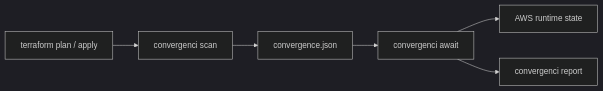
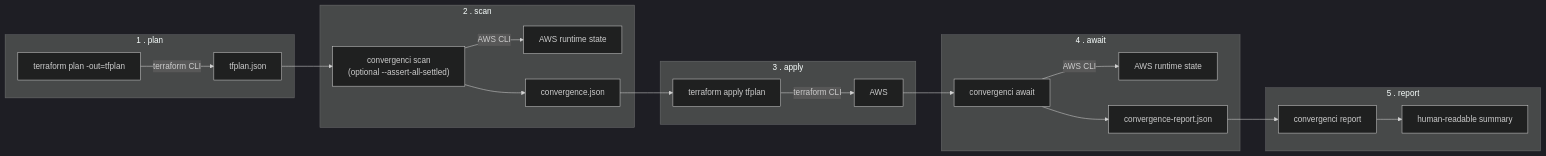
Before and after one commit to iilei/convergenci: the diagram in README.md, drawn with Mermaid (dark theme).

Commit message:
docs: rework README workflow diagram into phased flowchart with components

````diff
--- a/README.md
+++ b/README.md
@@ -17,8 +17,29 @@
 ```mermaid
 flowchart LR
-    A["terraform plan / apply"] --> B["convergenci scan"]
-    B --> C["convergence.json"]
-    C --> D["convergenci await"]
-    D --> E["AWS runtime state"]
-    D --> F["convergenci report"]
+    subgraph P1["1 . plan"]
+        A["terraform plan -out=tfplan"] -->|"terraform CLI"| A2["tfplan.json"]
+    end
+
+    subgraph P2["2 . scan"]
+        B["convergenci scan\n(optional --assert-all-settled)"] -->|"AWS CLI"| B2["AWS runtime state"]
+        B --> C["convergence.json"]
+    end
+
+    subgraph P3["3 . apply"]
+        D["terraform apply tfplan"] -->|"terraform CLI"| D2["AWS"]
+    end
+
+    subgraph P4["4 . await"]
+        E["convergenci await"] -->|"AWS CLI"| E2["AWS runtime state"]
+        E --> F["convergence-report.json"]
+    end
+
+    subgraph P5["5 . report"]
+        G["convergenci report"] --> H["human-readable summary"]
+    end
+
+    A2 --> B
+    C --> D
+    D2 --> E
+    F --> G
 ```
````
